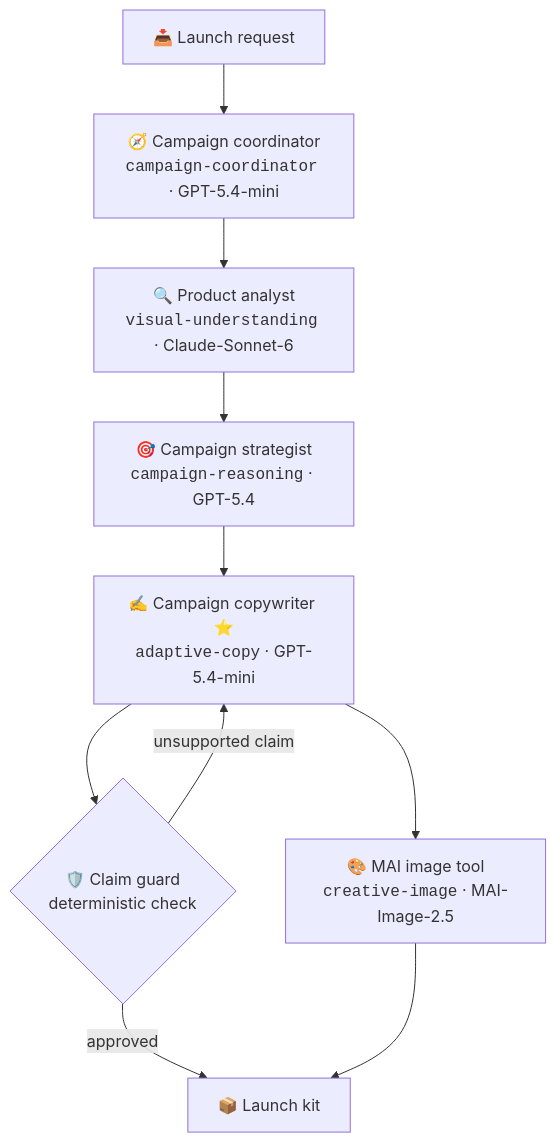
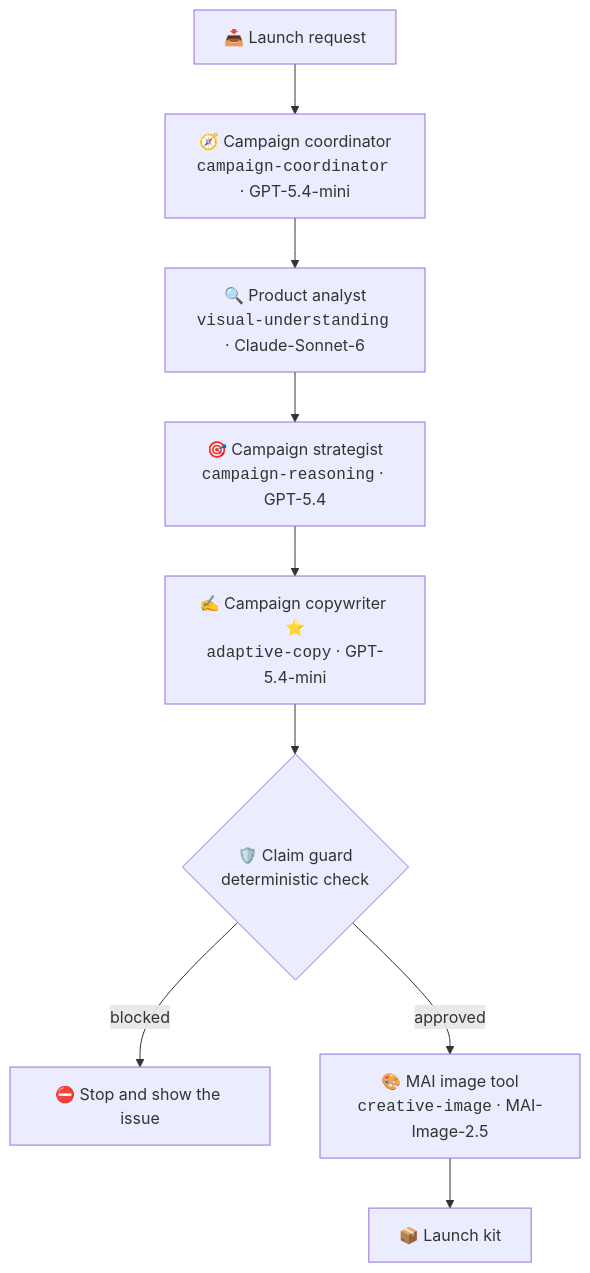
The first of 2 diagrams in foundry/agent-optimization/instructions/self-guided/lab-0-setup/02-orientation.md (nitya/model-mastery), drawn with Mermaid before and after one commit. The commit also changed other lines of this file and 4 other files, not shown here.

Commit message:
Simplify workshop architecture diagrams

````diff
--- a/foundry/agent-optimization/instructions/self-guided/lab-0-setup/02-orientation.md
+++ b/foundry/agent-optimization/instructions/self-guided/lab-0-setup/02-orientation.md
@@ -49,12 +51,11 @@
 ```mermaid
 flowchart TB
     U["📥 Launch request"] --> C["🧭 Campaign coordinator<br/><code>campaign-coordinator</code> · GPT-5.4-mini"]
     C --> P["🔍 Product analyst<br/><code>visual-understanding</code> · Claude-Sonnet-6"]
     P --> S["🎯 Campaign strategist<br/><code>campaign-reasoning</code> · GPT-5.4"]
     S --> W["✍️ Campaign copywriter ⭐<br/><code>adaptive-copy</code> · GPT-5.4-mini"]
-    W --> I["🎨 MAI image tool<br/><code>creative-image</code> · MAI-Image-2.5"]
     W --> G{"🛡️ Claim guard<br/>deterministic check"}
-    G -- "unsupported claim" --> W
-    G -- "approved" --> K["📦 Launch kit"]
-    I --> K
+    G -- "blocked" --> X["⛔ Stop and show the issue"]
+    G -- "approved" --> I["🎨 MAI image tool<br/><code>creative-image</code> · MAI-Image-2.5"]
+    I --> K["📦 Launch kit"]
 ```
````
